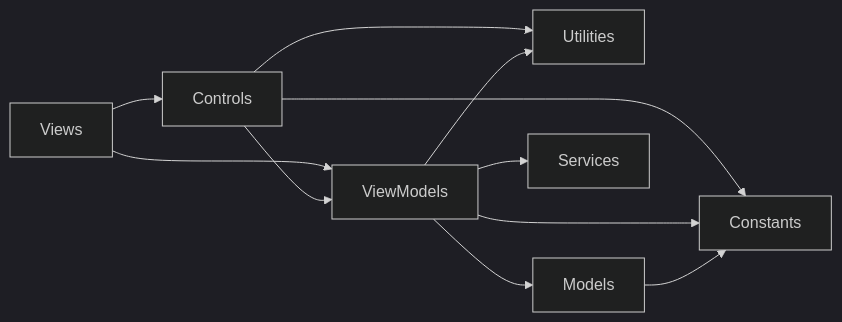
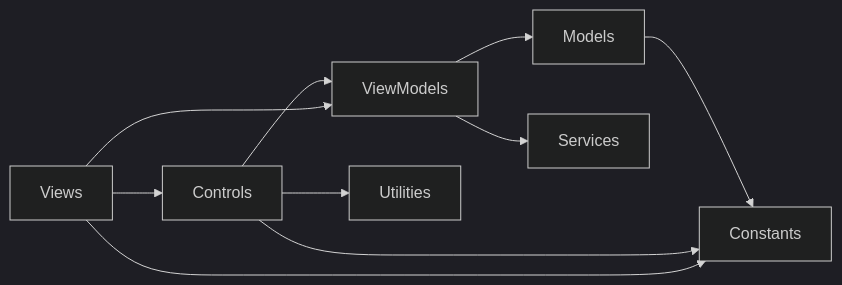
One commit to SmallBossGames/isma-ui-avalonia changed the diagram in docs/features/06-blueprint-editor-architecture.md. Above: the diagram before and after it, drawn with Mermaid (dark theme). The commit also changed other lines of this file and 236 other files, not shown here.

````diff
--- a/docs/features/06-blueprint-editor-architecture.md
+++ b/docs/features/06-blueprint-editor-architecture.md
@@ -46,13 +49,12 @@
 ```mermaid
 flowchart LR
     Views["Views"] --> Controls["Controls"]
     Views --> ViewModels["ViewModels"]
+    Views --> Constants["Constants"]
     Controls --> ViewModels
     Controls --> Utilities["Utilities"]
-    Controls --> Constants["Constants"]
+    Controls --> Constants
     ViewModels --> Models["Models"]
-    ViewModels --> Utilities
-    ViewModels --> Constants
     ViewModels --> Services["Services"]
     Models --> Constants
 ```
````
